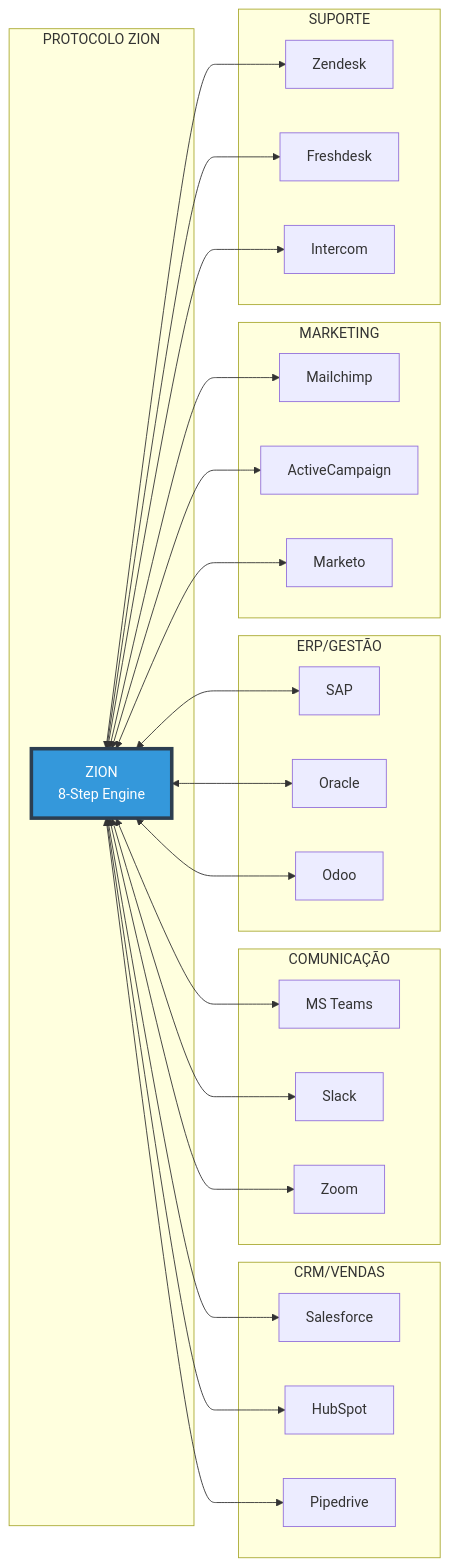
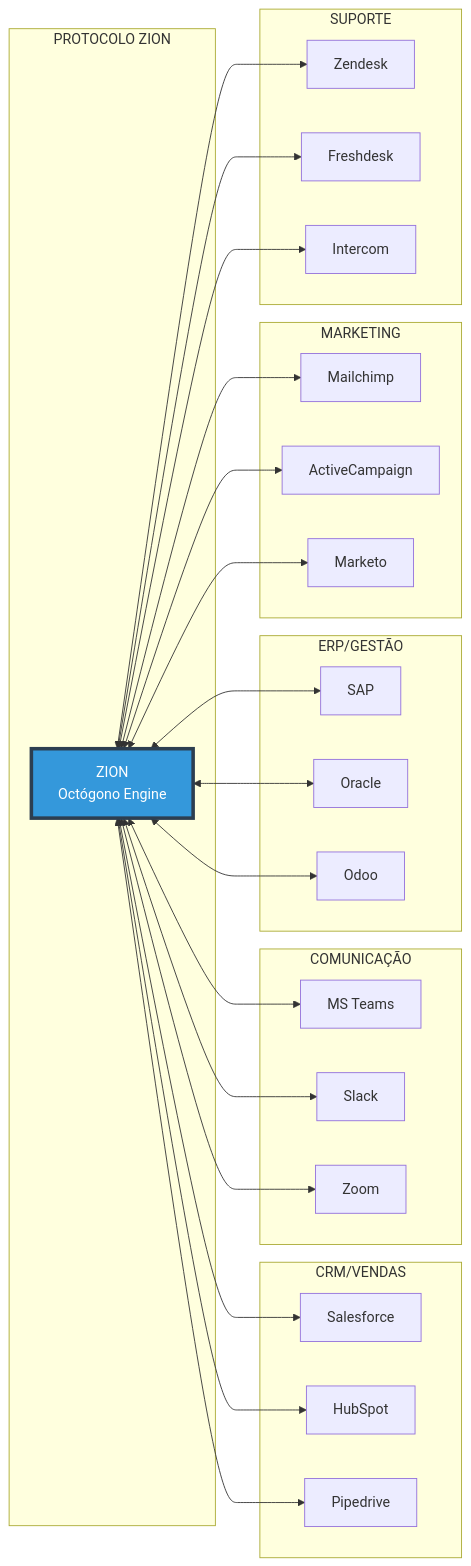
One commit to Bitfy-AI/documentacao changed the tenth of 10 diagrams in protocolo/ARQUITETURA-MERMAID.md. Above: the diagram before and after it, drawn with Mermaid. The commit also changed other lines of this file and 20 other files, not shown here.

````diff
--- a/protocolo/ARQUITETURA-MERMAID.md
+++ b/protocolo/ARQUITETURA-MERMAID.md
@@ -434,44 +434,44 @@
 ```mermaid
 graph LR
     subgraph "PROTOCOLO ZION"
-        ZION[ZION<br/>8-Step Engine]
+        ZION[ZION<br/>Octógono Engine]
     end
 
     subgraph "CRM/VENDAS"
         SF[Salesforce]
         HS[HubSpot]
         PP[Pipedrive]
     end
 
     subgraph "COMUNICAÇÃO"
         MS[MS Teams]
         SLK[Slack]
         ZM[Zoom]
     end
 
     subgraph "ERP/GESTÃO"
         SAP[SAP]
         ORA[Oracle]
         ODO[Odoo]
     end
 
     subgraph "MARKETING"
         ML[Mailchimp]
         ACT[ActiveCampaign]
         MKT[Marketo]
     end
 
     subgraph "SUPORTE"
         ZEN[Zendesk]
         FRE[Freshdesk]
         INT[Intercom]
     end
 
     ZION <--> SF & HS & PP
     ZION <--> MS & SLK & ZM
     ZION <--> SAP & ORA & ODO
     ZION <--> ML & ACT & MKT
     ZION <--> ZEN & FRE & INT
 
     style ZION fill:#3498DB,color:#fff,stroke:#2C3E50,stroke-width:4px
 ```
````
